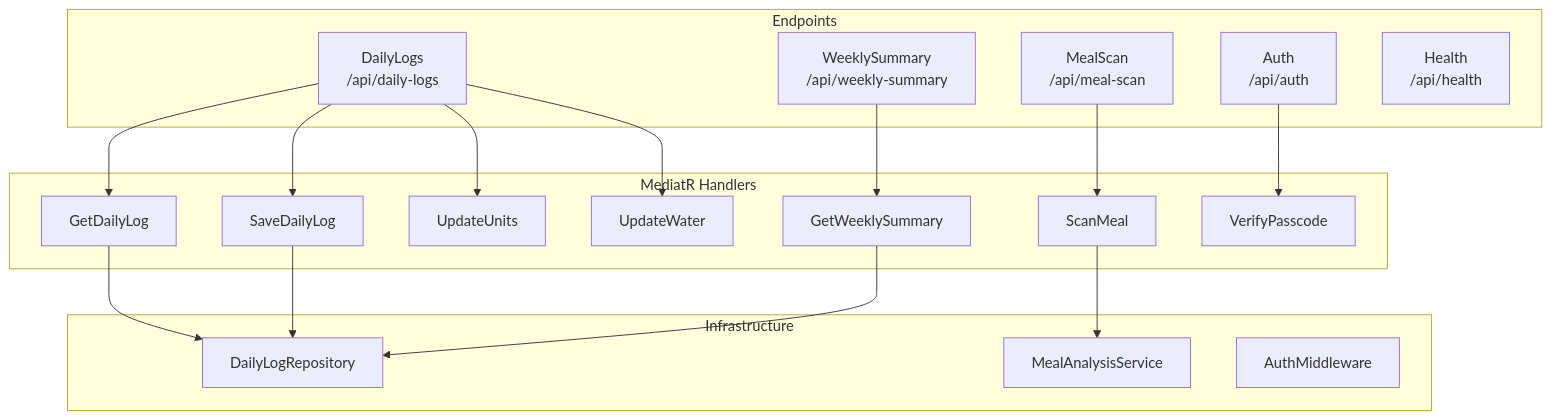
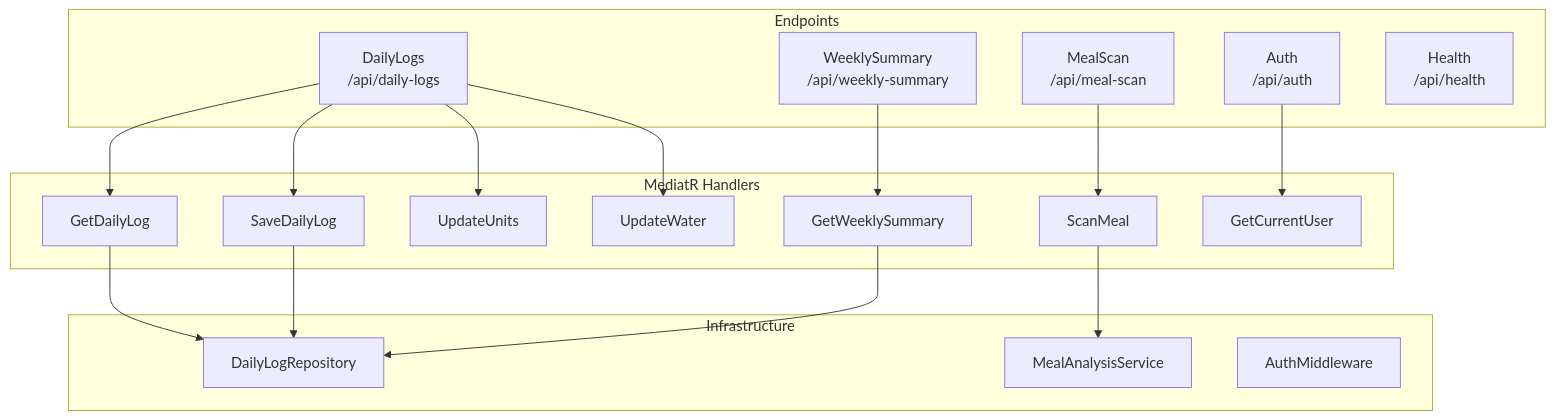
One commit to punkouter26/PoNovaWeight changed the third of 9 diagrams in docs/architecture.md. Above: the diagram before and after it, drawn with Mermaid. The commit also changed other lines of this file and 17 other files, not shown here.

````diff
--- a/docs/architecture.md
+++ b/docs/architecture.md
@@ -99,39 +99,39 @@
 ```mermaid
 graph TB
     subgraph Endpoints
         DailyLogs["DailyLogs<br/>/api/daily-logs"]
         WeeklySummary["WeeklySummary<br/>/api/weekly-summary"]
         MealScanEndpoint["MealScan<br/>/api/meal-scan"]
         Auth["Auth<br/>/api/auth"]
         Health["Health<br/>/api/health"]
     end
 
     subgraph Handlers["MediatR Handlers"]
         GetDailyLog["GetDailyLog"]
         SaveDailyLog["SaveDailyLog"]
         UpdateUnits["UpdateUnits"]
         UpdateWater["UpdateWater"]
         GetWeeklySummary["GetWeeklySummary"]
         ScanMeal["ScanMeal"]
-        VerifyPasscode["VerifyPasscode"]
+        GetCurrentUser["GetCurrentUser"]
     end
 
     subgraph Infrastructure
         Repository["DailyLogRepository"]
         MealAnalysis["MealAnalysisService"]
         AuthMiddleware["AuthMiddleware"]
     end
 
     DailyLogs --> GetDailyLog
     DailyLogs --> SaveDailyLog
     DailyLogs --> UpdateUnits
     DailyLogs --> UpdateWater
     WeeklySummary --> GetWeeklySummary
     MealScanEndpoint --> ScanMeal
-    Auth --> VerifyPasscode
+    Auth --> GetCurrentUser
 
     GetDailyLog --> Repository
     SaveDailyLog --> Repository
     GetWeeklySummary --> Repository
     ScanMeal --> MealAnalysis
 ```
````
